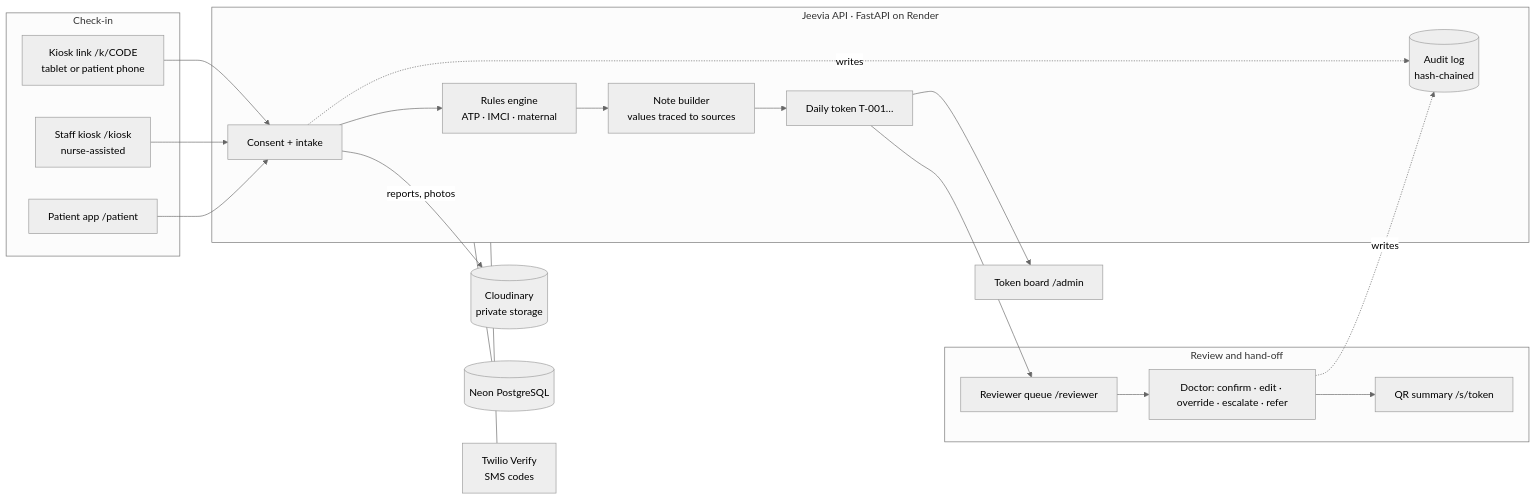
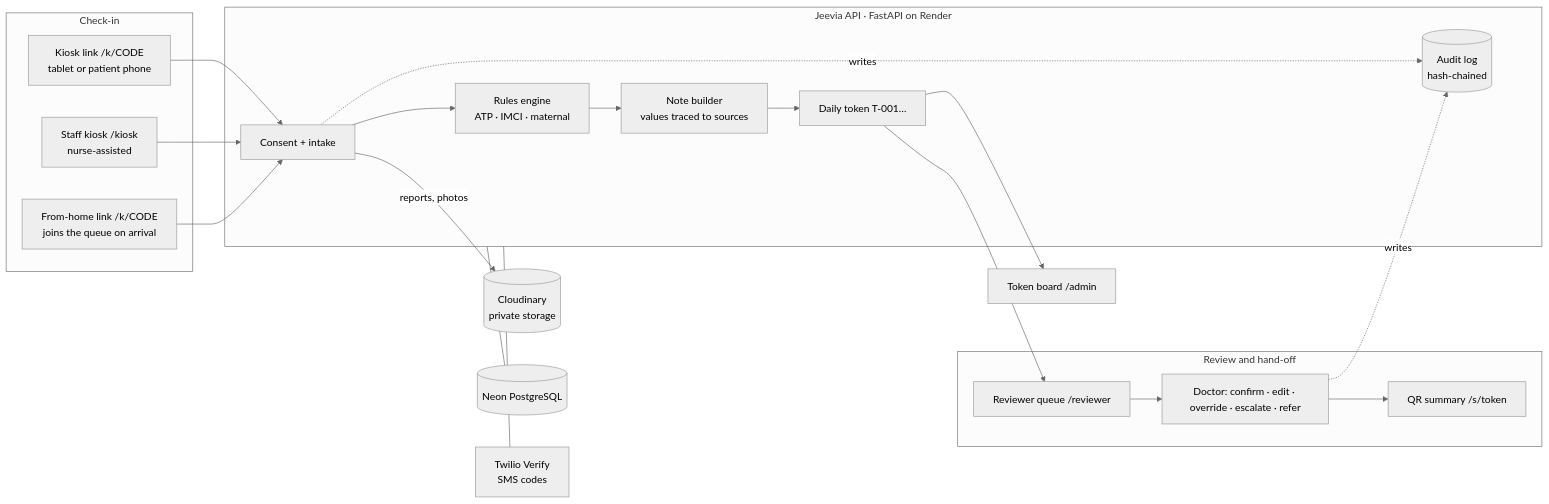
The diagram in README.md (Jyoti0525/PS03_BPUT-), drawn with Mermaid (neutral theme) before and after one commit. The commit also changed other lines of this file and 105 other files, not shown here.

````diff
--- a/README.md
+++ b/README.md
@@ -92,28 +91,28 @@
 ```mermaid
 flowchart LR
   subgraph Checkin["Check-in"]
     K["Kiosk link /k/CODE<br/>tablet or patient phone"]
     S["Staff kiosk /kiosk<br/>nurse-assisted"]
-    P["Patient app /patient"]
+    P["From-home link /k/CODE<br/>joins the queue on arrival"]
   end
   subgraph API["Jeevia API · FastAPI on Render"]
     C["Consent + intake"]
     R["Rules engine<br/>ATP · IMCI · maternal"]
     N["Note builder<br/>values traced to sources"]
     T["Daily token T-001…"]
     A[("Audit log<br/>hash-chained")]
   end
   subgraph Review["Review and hand-off"]
     Q["Reviewer queue /reviewer"]
     D["Doctor: confirm · edit · override · escalate · refer"]
     QR["QR summary /s/token"]
   end
   K & S & P --> C --> R --> N --> T
   T --> Q --> D --> QR
   T --> B["Token board /admin"]
   C -. writes .-> A
   D -. writes .-> A
   C -- "reports, photos" --> CL[("Cloudinary<br/>private storage")]
   API --- DB[("Neon PostgreSQL")]
   API --- TW["Twilio Verify<br/>SMS codes"]
 ```
````
